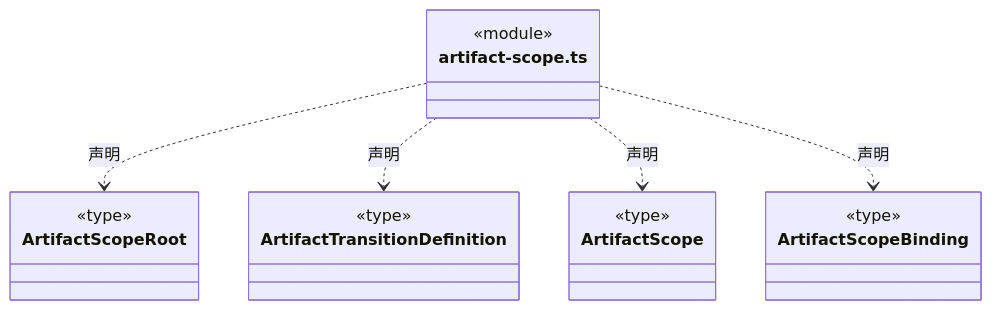
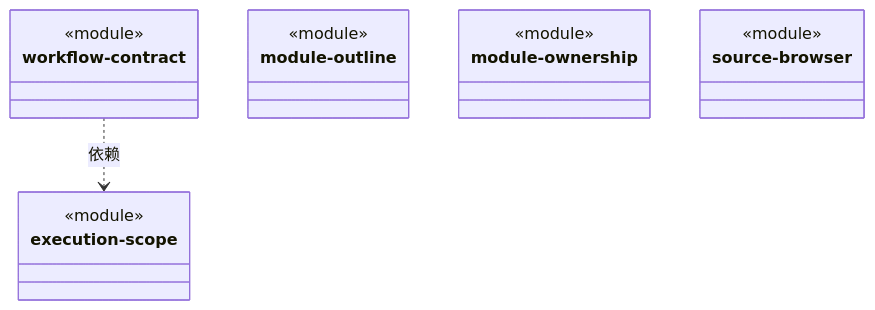
Before and after one commit to nan023062/cbim: the diagram in src/logic/workspace/rules/ARCHITECTURE.md, drawn with Mermaid. The commit also changed other lines of this file and 158 other files, not shown here.

Commit message:
docs: model architecture through nested virtual encapsulations

````diff
--- a/src/logic/workspace/rules/ARCHITECTURE.md
+++ b/src/logic/workspace/rules/ARCHITECTURE.md
@@ -240,26 +23,24 @@
 ```mermaid
 classDiagram
-class N_src_logic_workspace_rules_artifact_scope_ts["artifact-scope.ts"] {
+class N_8fe46da571ef["execution-scope"] {
   <<module>>
 }
-class N_src_logic_workspace_rules_artifact_scope_ts_ArtifactScopeRoot["ArtifactScopeRoot"] {
-  <<type>>
-
+click N_8fe46da571ef href "execution-scope.ts"
+class N_1dc9e5052350["workflow-contract"] {
+  <<module>>
 }
-N_src_logic_workspace_rules_artifact_scope_ts ..> N_src_logic_workspace_rules_artifact_scope_ts_ArtifactScopeRoot : 声明
-class N_src_logic_workspace_rules_artifact_scope_ts_ArtifactTransitionDefinition["ArtifactTransitionDefinition"] {
-  <<type>>
-
+click N_1dc9e5052350 href "workflow-contract.ts"
+class N_3227e75daacb["module-outline"] {
+  <<module>>
 }
-N_src_logic_workspace_rules_artifact_scope_ts ..> N_src_logic_workspace_rules_artifact_scope_ts_ArtifactTransitionDefinition : 声明
-class N_src_logic_workspace_rules_artifact_scope_ts_ArtifactScope["ArtifactScope"] {
-  <<type>>
-
+click N_3227e75daacb href "module-outline.ts"
+class N_317ed2cbf841["module-ownership"] {
+  <<module>>
 }
-N_src_logic_workspace_rules_artifact_scope_ts ..> N_src_logic_workspace_rules_artifact_scope_ts_ArtifactScope : 声明
-class N_src_logic_workspace_rules_artifact_scope_ts_ArtifactScopeBinding["ArtifactScopeBinding"] {
-  <<type>>
-
+click N_317ed2cbf841 href "module-ownership.ts"
+class N_05e6128cefc9["source-browser"] {
+  <<module>>
 }
-N_src_logic_workspace_rules_artifact_scope_ts ..> N_src_logic_workspace_rules_artifact_scope_ts_ArtifactScopeBinding : 声明
+click N_05e6128cefc9 href "source-browser.ts"
+N_1dc9e5052350 ..> N_8fe46da571ef : 依赖
 ```
````
